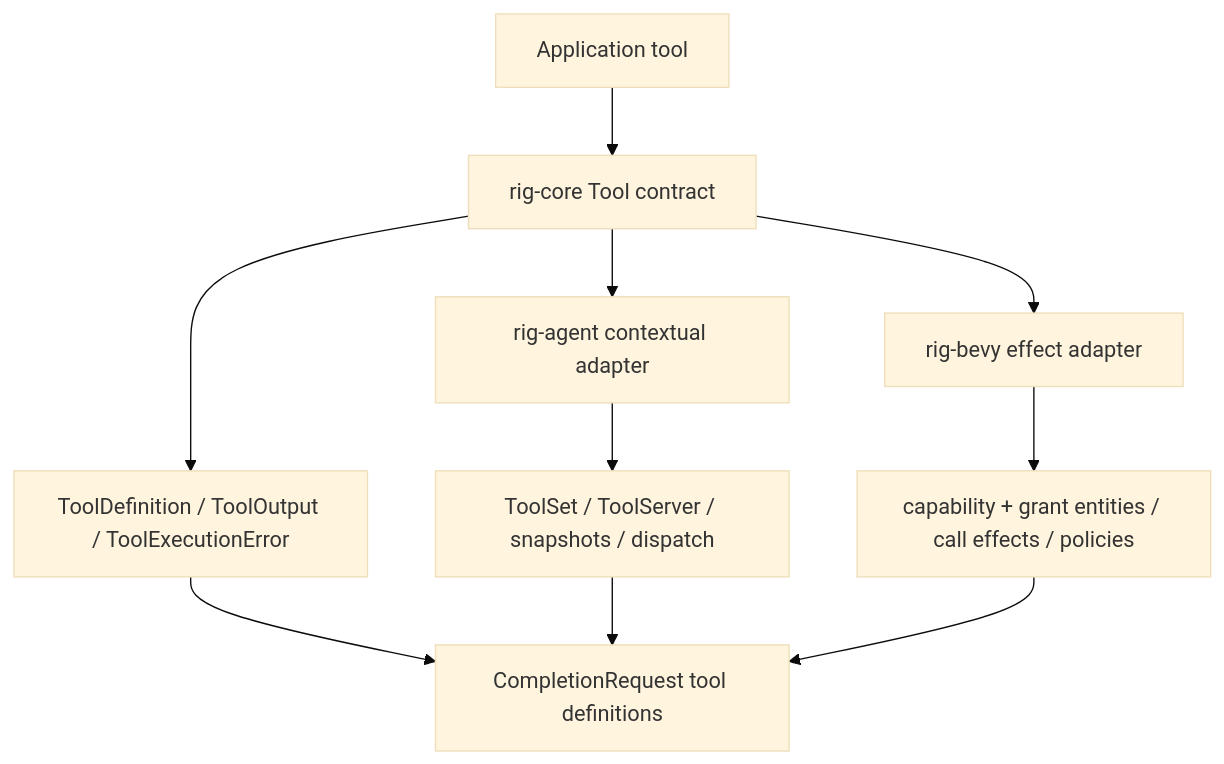
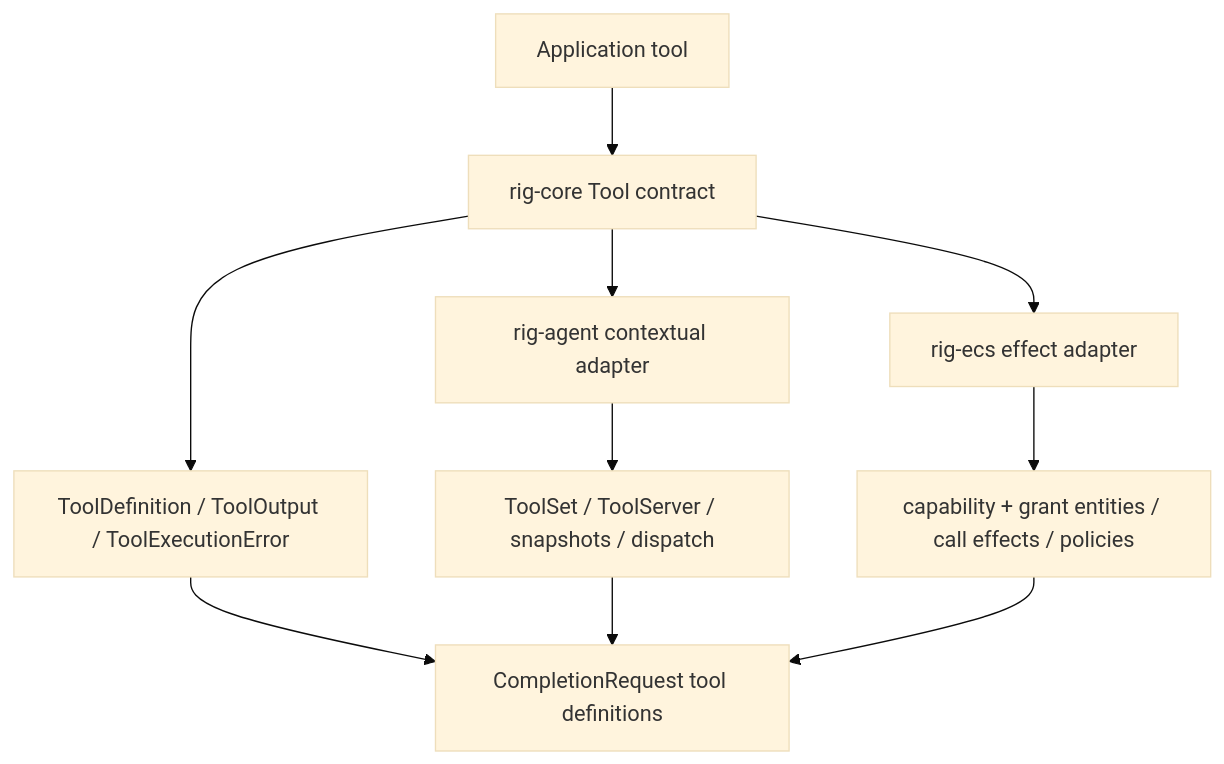
Before and after one commit to 0xPlaygrounds/rig: the fifth of 7 diagrams in docs/architecture/rig-runtime-split/README.md, drawn with Mermaid (base theme). The commit also changed other lines of this file and 335 other files, not shown here.

First line of the commit message:
refactor: rename rig-bevy to rig-ecs and keep CompletionClient construction

````diff
--- a/docs/architecture/rig-runtime-split/README.md
+++ b/docs/architecture/rig-runtime-split/README.md
@@ -314,21 +314,21 @@
 ```mermaid
 flowchart TD
     author[Application tool]
     core_contract[rig-core Tool contract]
     core_values[ToolDefinition / ToolOutput / ToolExecutionError]
     agent_adapter[rig-agent contextual adapter]
     agent_runtime[ToolSet / ToolServer / snapshots / dispatch]
-    bevy_adapter[rig-bevy effect adapter]
-    bevy_runtime[capability + grant entities / call effects / policies]
+    ecs_adapter[rig-ecs effect adapter]
+    ecs_runtime[capability + grant entities / call effects / policies]
     provider[CompletionRequest tool definitions]
 
     author --> core_contract
     core_contract --> core_values
     core_values --> provider
     core_contract --> agent_adapter
     agent_adapter --> agent_runtime
-    core_contract --> bevy_adapter
-    bevy_adapter --> bevy_runtime
+    core_contract --> ecs_adapter
+    ecs_adapter --> ecs_runtime
     agent_runtime --> provider
-    bevy_runtime --> provider
+    ecs_runtime --> provider
 ```
````
